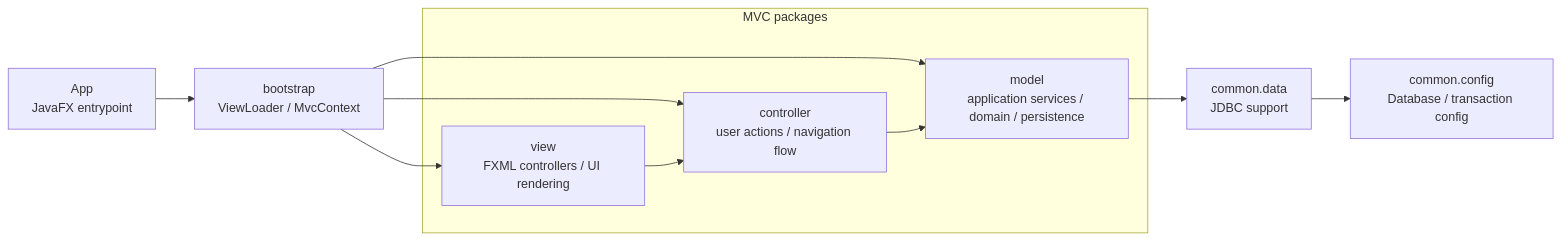
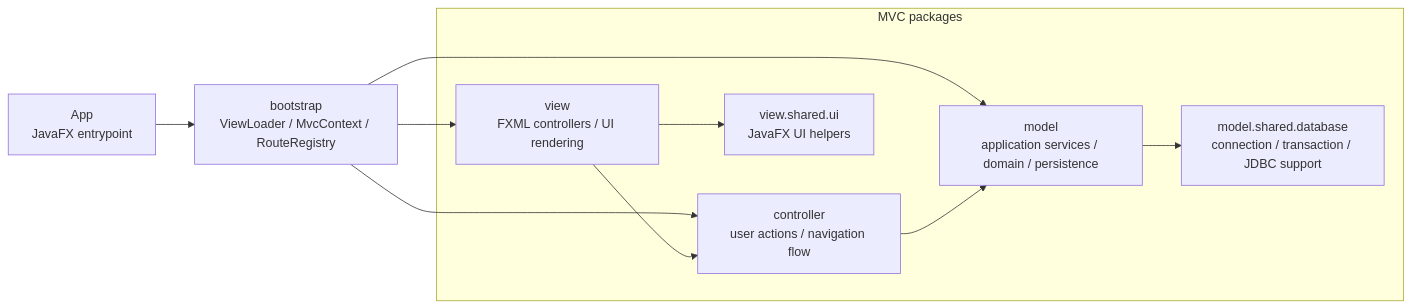
Before and after one commit to NeoCyber05/PRJ_ITSS: the diagram in README.md, drawn with Mermaid. The commit also changed other lines of this file and 55 other files, not shown here.

````diff
--- a/README.md
+++ b/README.md
@@ -33,22 +33,22 @@
 ```mermaid
 flowchart LR
     App["App\nJavaFX entrypoint"]
-    Bootstrap["bootstrap\nViewLoader / MvcContext"]
-    CommonData["common.data\nJDBC support"]
-    Config["common.config\nDatabase / transaction config"]
+    Bootstrap["bootstrap\nViewLoader / MvcContext / RouteRegistry"]
 
     subgraph MVC["MVC packages"]
         View["view\nFXML controllers / UI rendering"]
         Controller["controller\nuser actions / navigation flow"]
         Model["model\napplication services / domain / persistence"]
+        SharedDb["model.shared.database\nconnection / transaction / JDBC support"]
+        SharedUi["view.shared.ui\nJavaFX UI helpers"]
     end
 
     App --> Bootstrap
     Bootstrap --> View
     Bootstrap --> Controller
     Bootstrap --> Model
     View --> Controller
+    View --> SharedUi
     Controller --> Model
-    Model --> CommonData
-    CommonData --> Config
+    Model --> SharedDb
 ```
````
